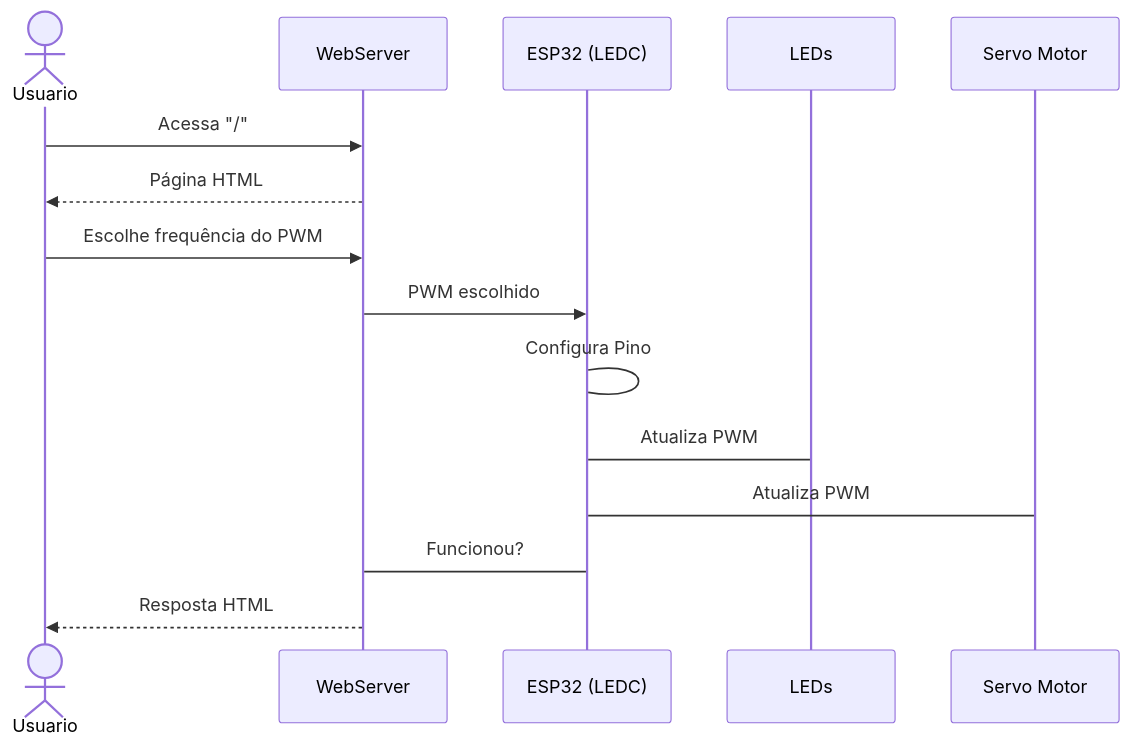
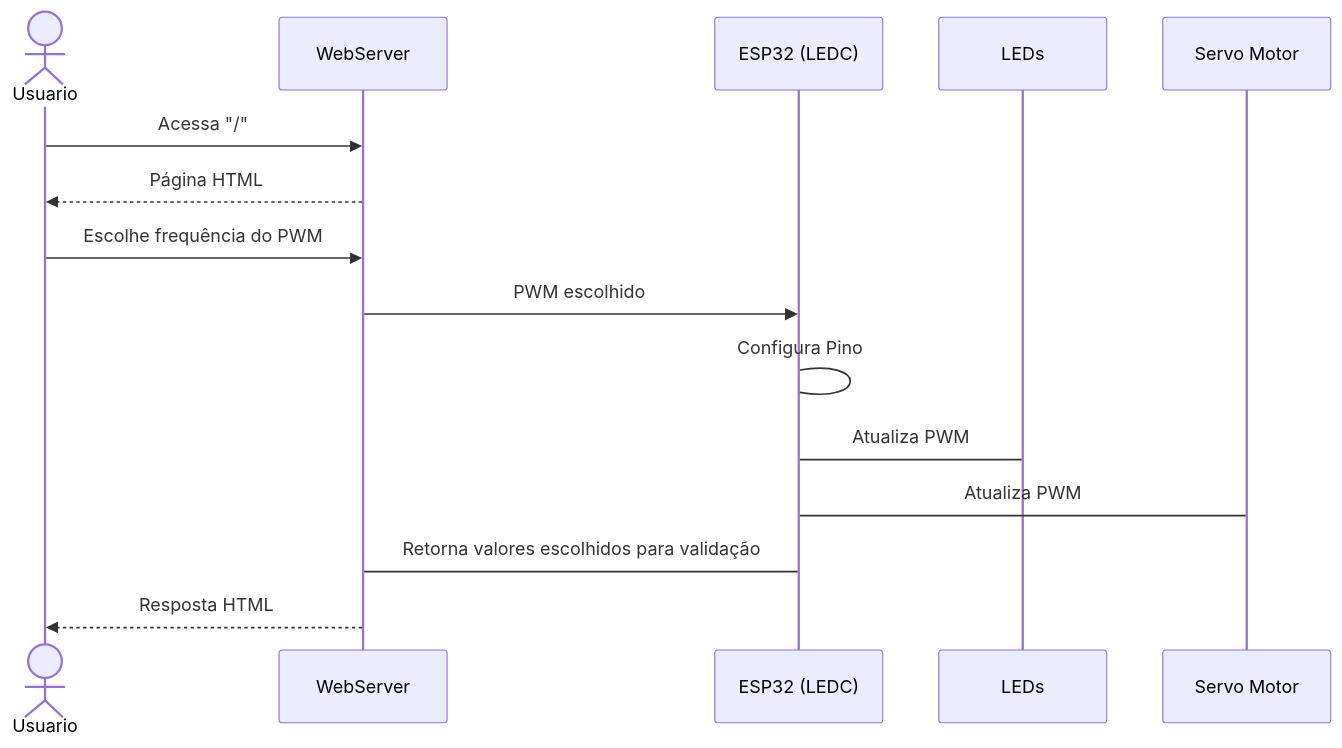
One commit to K4iwer/LLL-LabProc changed the diagram in Experimento4/README.md. Above: the diagram before and after it, drawn with Mermaid.

Commit message:
Ajuste diagrama

````diff
--- a/Experimento4/README.md
+++ b/Experimento4/README.md
@@ -3,26 +3,26 @@
 ```mermaid
 sequenceDiagram
     actor Usuario
 
     participant WebServer
     participant ESP32 (LEDC)
     participant LEDs
     participant Servo Motor
 
     Usuario->>WebServer: Acessa "/"
     WebServer-->>Usuario: Página HTML
 
     Usuario->>WebServer: Escolhe frequência do PWM
 
     WebServer->>ESP32 (LEDC): PWM escolhido
     
     ESP32 (LEDC)->ESP32 (LEDC): Configura Pino
 
     ESP32 (LEDC)->LEDs: Atualiza PWM
     
     ESP32 (LEDC)->Servo Motor: Atualiza PWM
     
-    ESP32 (LEDC)->WebServer: Funcionou?
+    ESP32 (LEDC)->WebServer: Retorna valores escolhidos para validação
 
     WebServer-->>Usuario: Resposta HTML
 ```
````
